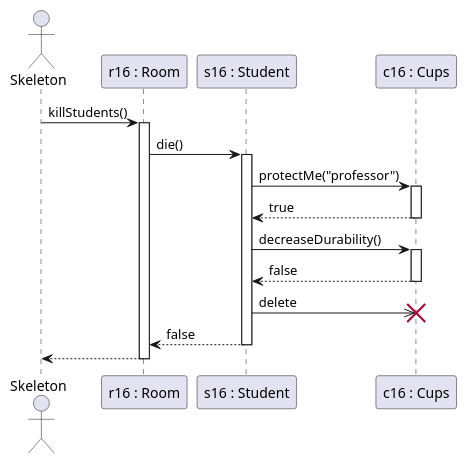
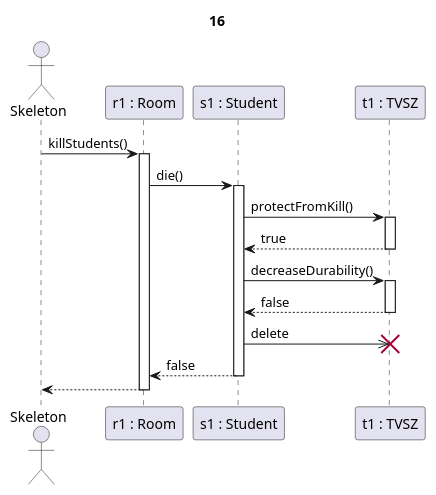
One commit to kipolaris/skyrimscriptsuttogok changed the diagram in partII_sequence diagrams/16.puml. Above: the diagram before and after it, drawn with PlantUML. The commit also changed 113 other files, not shown here.

Commit message:
generated all 46 sequence diagrams and the use-case diagram

```diff
--- a/partII_sequence diagrams/16.puml
+++ b/partII_sequence diagrams/16.puml
@@ -1,24 +1,26 @@
-@startuml oktato_tamad
+@startuml tvsz + lejár az idő
+
+title 16
 
 actor Skeleton as sk
-participant "r16 : Room" as r
-participant "s16 : Student" as s
-participant "c16 : Cups" as c
+participant "r1 : Room" as r
+participant "s1 : Student" as s
+participant "t1 : TVSZ" as c
 
 sk->r ++: killStudents()
 
 r -> s ++: die()
 
-s->c ++: protectMe("professor")
+s->c ++: protectFromKill()
 c-->s --: true
 
 s->c ++: decreaseDurability()
 c-->s --: false
 
 s->>c !!: delete
 
 s-->r --: false
 
 r-->sk --:
 
 @enduml
```
